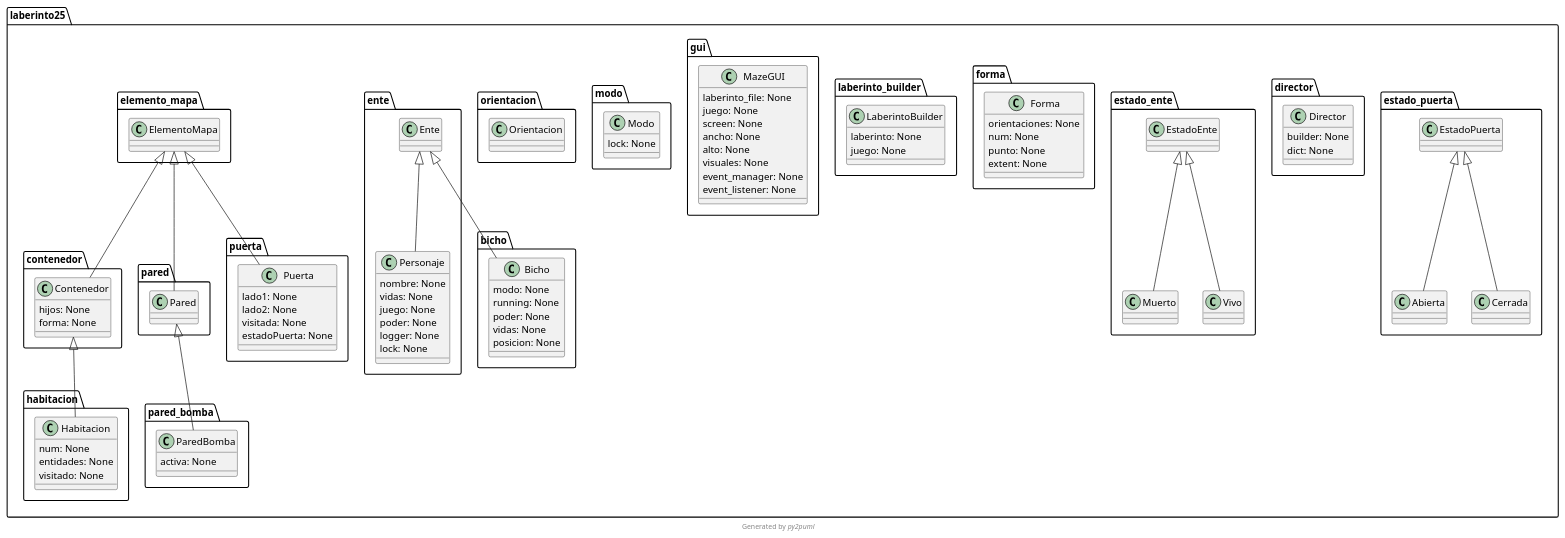
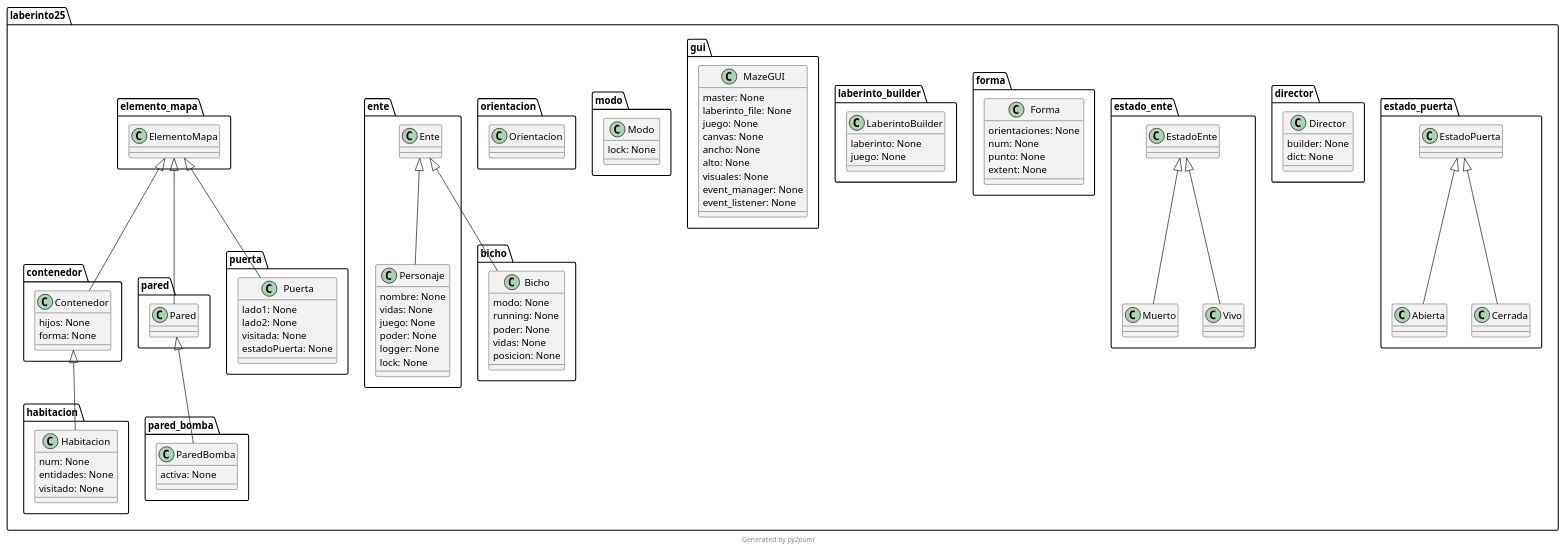
One commit to SelfishCoconut/Software-Design-Patterns changed the diagram in diagram.puml. Above: the diagram before and after it, drawn with PlantUML. The commit also changed other lines of this file and 12 other files, not shown here.

```diff
--- a/diagram.puml
+++ b/diagram.puml
@@ -3,92 +1,93 @@
 @startuml laberinto25
 !pragma useIntermediatePackages false
 
 class laberinto25.estado_puerta.Abierta {
 }
 class laberinto25.bicho.Bicho {
   modo: None
   running: None
   poder: None
   vidas: None
   posicion: None
 }
 class laberinto25.estado_puerta.Cerrada {
 }
 class laberinto25.contenedor.Contenedor {
   hijos: None
   forma: None
 }
 class laberinto25.director.Director {
   builder: None
   dict: None
 }
 class laberinto25.estado_ente.EstadoEnte {
 }
 class laberinto25.estado_puerta.EstadoPuerta {
 }
 class laberinto25.forma.Forma {
   orientaciones: None
   num: None
   punto: None
   extent: None
 }
 class laberinto25.habitacion.Habitacion {
   num: None
   entidades: None
   visitado: None
 }
 class laberinto25.laberinto_builder.LaberintoBuilder {
   laberinto: None
   juego: None
 }
 class laberinto25.gui.MazeGUI {
+  master: None
   laberinto_file: None
   juego: None
-  screen: None
+  canvas: None
   ancho: None
   alto: None
   visuales: None
   event_manager: None
   event_listener: None
 }
 class laberinto25.modo.Modo {
   lock: None
 }
 class laberinto25.estado_ente.Muerto {
 }
 class laberinto25.orientacion.Orientacion {
 }
 class laberinto25.pared.Pared {
 }
 class laberinto25.pared_bomba.ParedBomba {
   activa: None
 }
 class laberinto25.ente.Personaje {
   nombre: None
   vidas: None
   juego: None
   poder: None
   logger: None
   lock: None
 }
 class laberinto25.puerta.Puerta {
   lado1: None
   lado2: None
   visitada: None
   estadoPuerta: None
 }
 class laberinto25.estado_ente.Vivo {
 }
 laberinto25.estado_puerta.EstadoPuerta <|-- laberinto25.estado_puerta.Abierta
 laberinto25.ente.Ente <|-- laberinto25.bicho.Bicho
 laberinto25.estado_puerta.EstadoPuerta <|-- laberinto25.estado_puerta.Cerrada
 laberinto25.elemento_mapa.ElementoMapa <|-- laberinto25.contenedor.Contenedor
 laberinto25.contenedor.Contenedor <|-- laberinto25.habitacion.Habitacion
 laberinto25.estado_ente.EstadoEnte <|-- laberinto25.estado_ente.Muerto
 laberinto25.elemento_mapa.ElementoMapa <|-- laberinto25.pared.Pared
 laberinto25.pared.Pared <|-- laberinto25.pared_bomba.ParedBomba
 laberinto25.ente.Ente <|-- laberinto25.ente.Personaje
 laberinto25.elemento_mapa.ElementoMapa <|-- laberinto25.puerta.Puerta
 laberinto25.estado_ente.EstadoEnte <|-- laberinto25.estado_ente.Vivo
 footer Generated by //py2puml//
 @enduml
```
